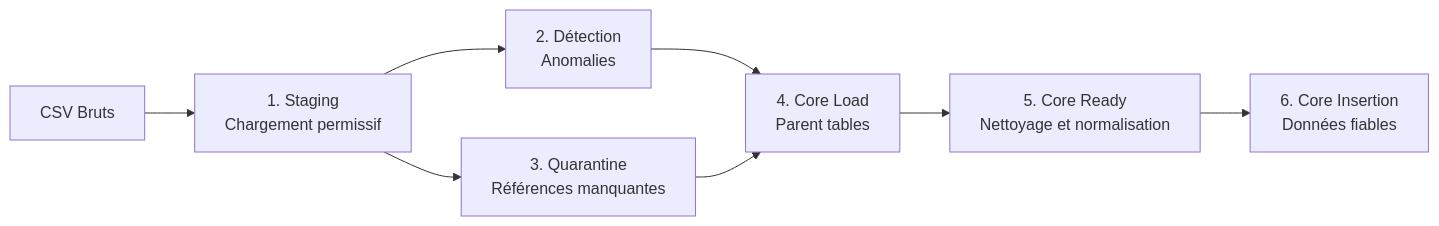
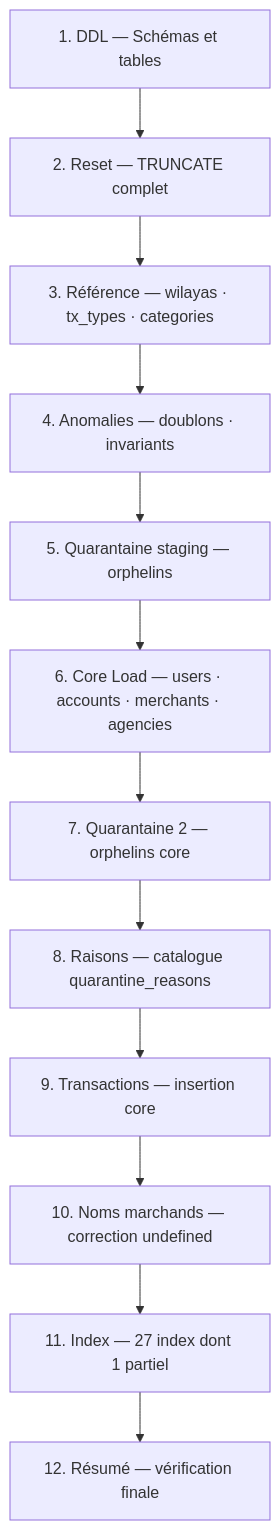
The third of 4 diagrams in README.md (Bedra11/nafad-pay-g1-oltp), drawn with Mermaid before and after one commit. The commit also changed other lines of this file and 3 other files, not shown here.

````diff
--- a/README.md
+++ b/README.md
@@ -86,15 +85,16 @@
 ```mermaid
-flowchart LR
+flowchart TD
 
-Raw[CSV Bruts] --> Staging[1. Staging\nChargement permissif]
-
-Staging --> Anomalies[2. Détection\nAnomalies]
-Staging --> Quarantine[3. Quarantine\nRéférences manquantes]
-
-Anomalies --> CoreLoad[4. Core Load\nParent tables]
-Quarantine --> CoreLoad
-
-CoreLoad --> CoreReady[5. Core Ready\nNettoyage et normalisation]
-
-CoreReady --> Core[6. Core Insertion\nDonnées fiables]
+S1[1. DDL — Schémas et tables] --> S2
+S2[2. Reset — TRUNCATE complet] --> S3
+S3[3. Référence — wilayas · tx_types · categories] --> S4
+S4[4. Anomalies — doublons · invariants] --> S5
+S5[5. Quarantaine staging — orphelins] --> S6
+S6[6. Core Load — users · accounts · merchants · agencies] --> S7
+S7[7. Quarantaine 2 — orphelins core] --> S8
+S8[8. Raisons — catalogue quarantine_reasons] --> S9
+S9[9. Transactions — insertion core] --> S10
+S10[10. Noms marchands — correction undefined] --> S11
+S11[11. Index — 27 index dont 1 partiel] --> S12
+S12[12. Résumé — vérification finale]
 ```
````
